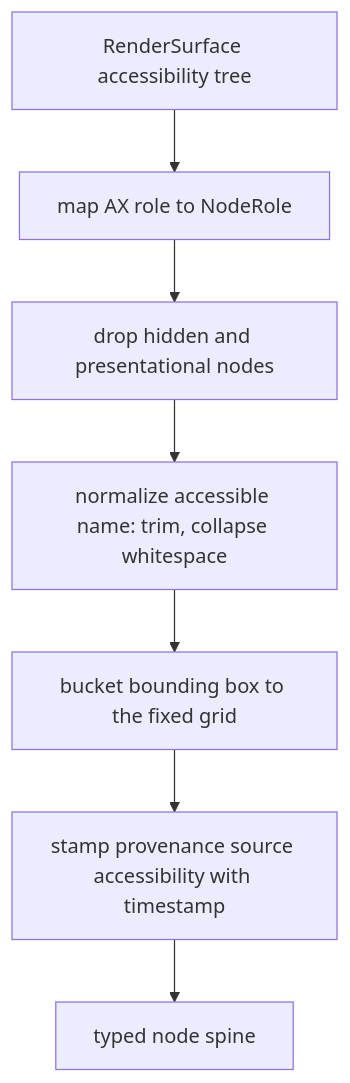
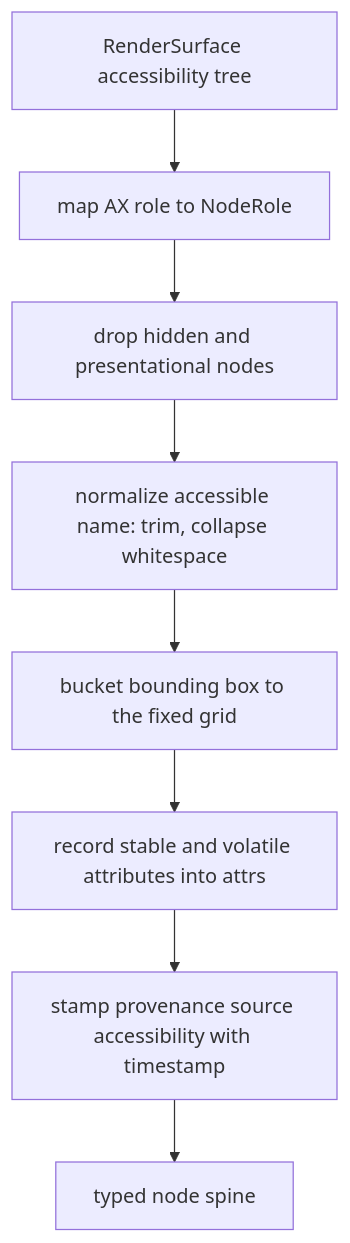
Before and after one commit to febufenn-cyber/drawing-office-v2: the third of 10 diagrams in designs/pagegraph-perception-model/LLD.md, drawn with Mermaid. The commit also changed other lines of this file and 1 other file, not shown here.

````diff
--- a/designs/pagegraph-perception-model/LLD.md
+++ b/designs/pagegraph-perception-model/LLD.md
@@ -131,9 +130,10 @@
 ```mermaid
 flowchart TB
     AX["RenderSurface accessibility tree"] --> MAP["map AX role to NodeRole"]
     MAP --> DROP["drop hidden and presentational nodes"]
     DROP --> NAME["normalize accessible name: trim, collapse whitespace"]
     NAME --> GEO["bucket bounding box to the fixed grid"]
-    GEO --> PROV["stamp provenance source accessibility with timestamp"]
+    GEO --> ATTR["record stable and volatile attributes into attrs"]
+    ATTR --> PROV["stamp provenance source accessibility with timestamp"]
     PROV --> SPINE["typed node spine"]
 ```
````
